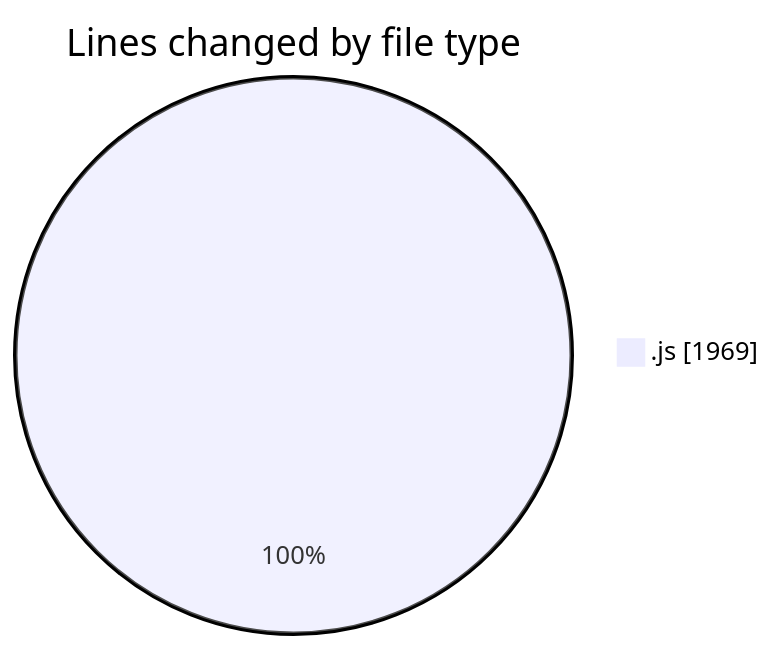
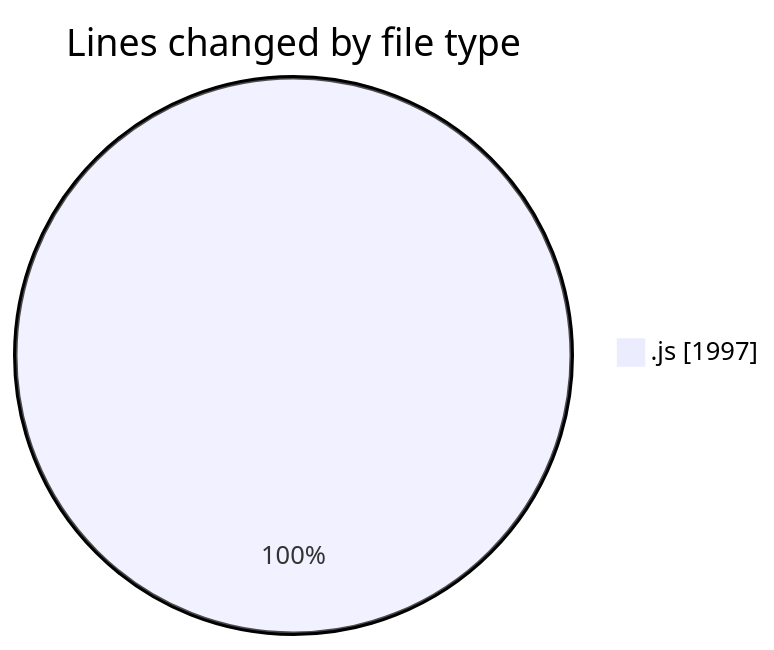
One commit to BS-eng2023/code-tracking changed the first of 2 diagrams in 2025-04-03/jsvms/README.md. Above: the diagram before and after it, drawn with Mermaid. The commit also changed other lines of this file and 1 other file, not shown here.

````diff
--- a/2025-04-03/jsvms/README.md
+++ b/2025-04-03/jsvms/README.md
@@ -31,5 +31,5 @@
 ```mermaid
 pie showData
 title Lines changed by file type
-".js" : 1969
+".js" : 1997
 ```
````
